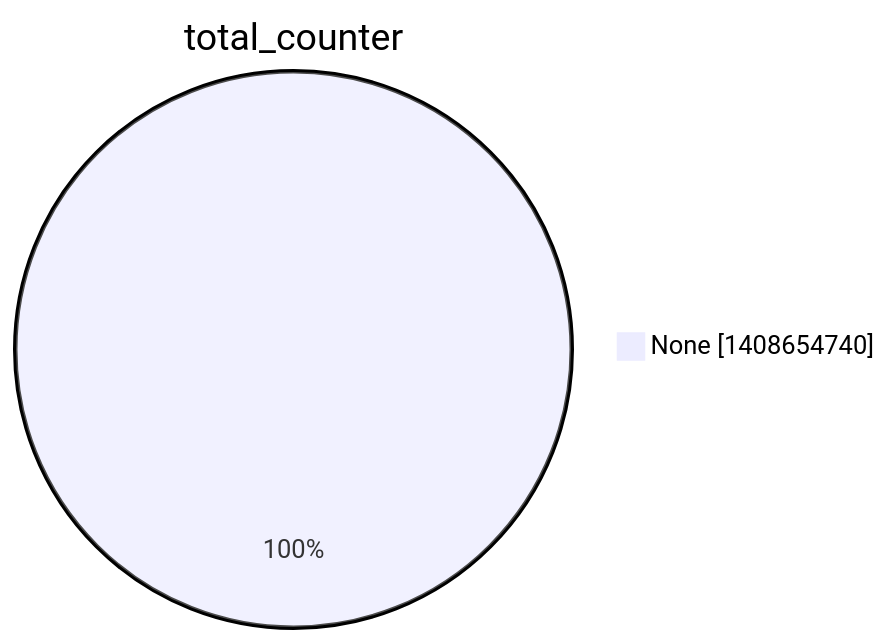
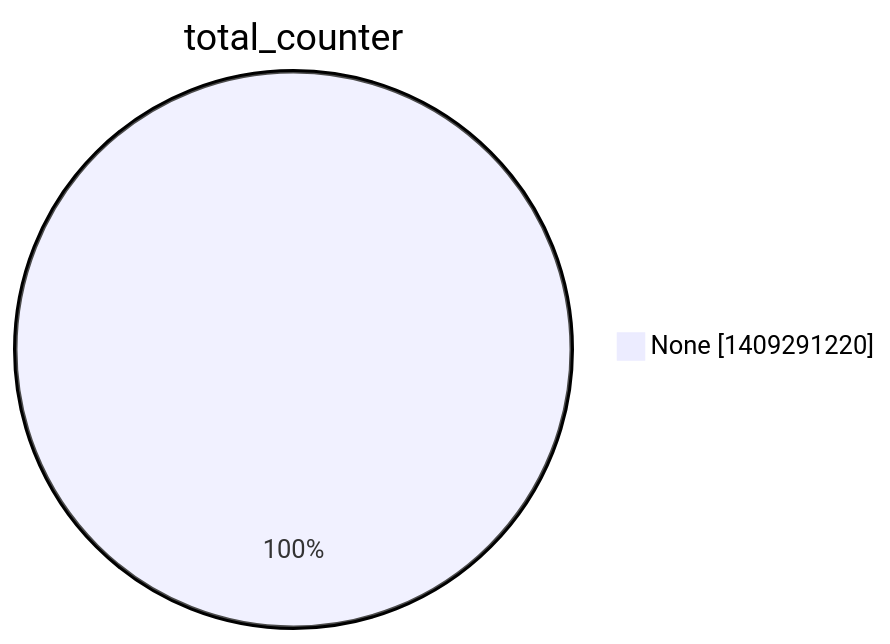
Before and after one commit to christiankrug/ctmonitor_visualization: the second of 15 diagrams in argon2022/README.md, drawn with Mermaid. The commit also changed other lines of this file, not shown here.

````diff
--- a/argon2022/README.md
+++ b/argon2022/README.md
@@ -9,5 +9,5 @@
 ```mermaid
 pie showData
 title total_counter
-"None" :1408654740
+"None" :1409291220
 ```
````
